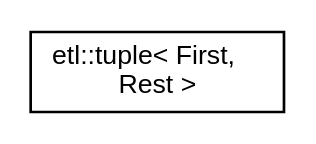
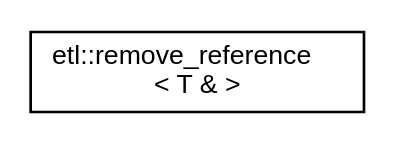
Before and after one commit to tobanteAudio/taetl: the diagram in inherit_graph_55.dot, drawn with Graphviz. The commit also changed 127 other files, not shown here.

```diff
--- a/inherit_graph_55.dot
+++ b/inherit_graph_55.dot
@@ -1,7 +1,7 @@
 digraph "Graphical Class Hierarchy"
 {
   edge [fontname="Helvetica",fontsize="10",labelfontname="Helvetica",labelfontsize="10"];
   node [fontname="Helvetica",fontsize="10",shape=record];
   rankdir="LR";
-  Node0 [label="etl::tuple\< First,\l Rest \>",height=0.2,width=0.4,color="black", fillcolor="white", style="filled",URL="$structetl_1_1tuple.html"];
+  Node0 [label="etl::remove_reference\l\< T & \>",height=0.2,width=0.4,color="black", fillcolor="white", style="filled",URL="$structetl_1_1remove__reference_3_01T_01_6_01_4.html"];
 }
```
